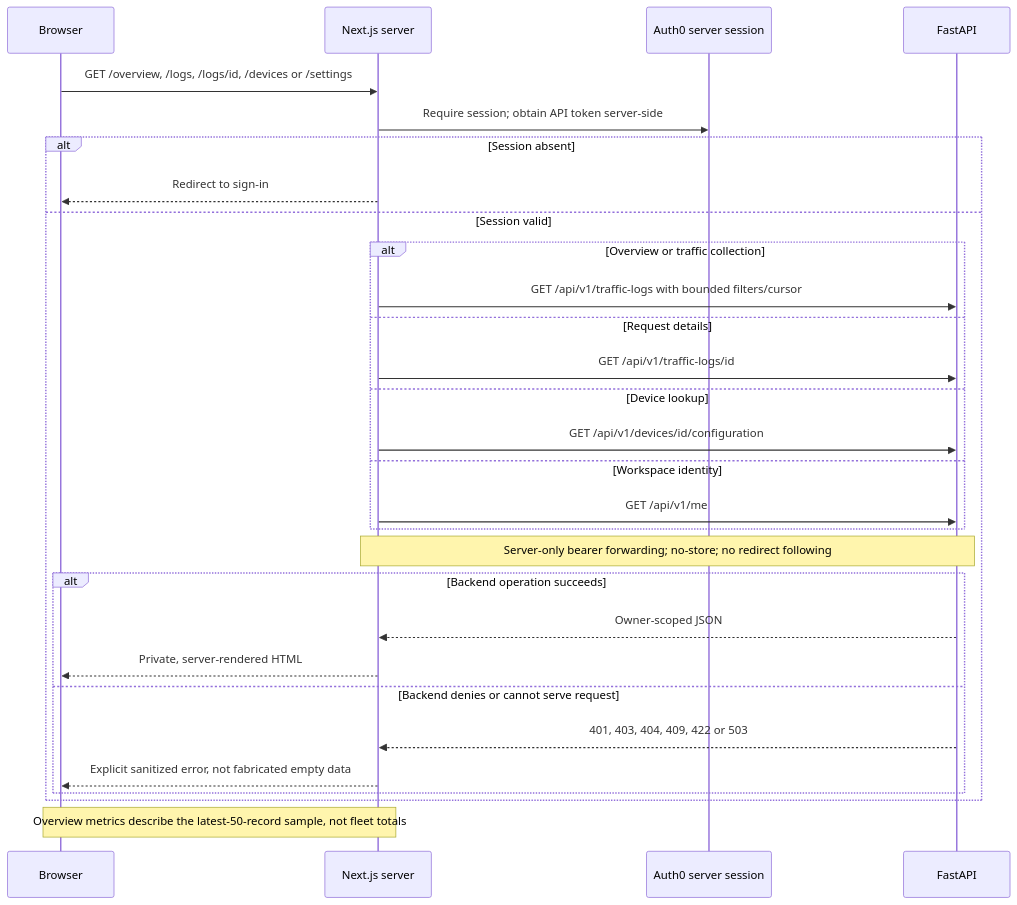
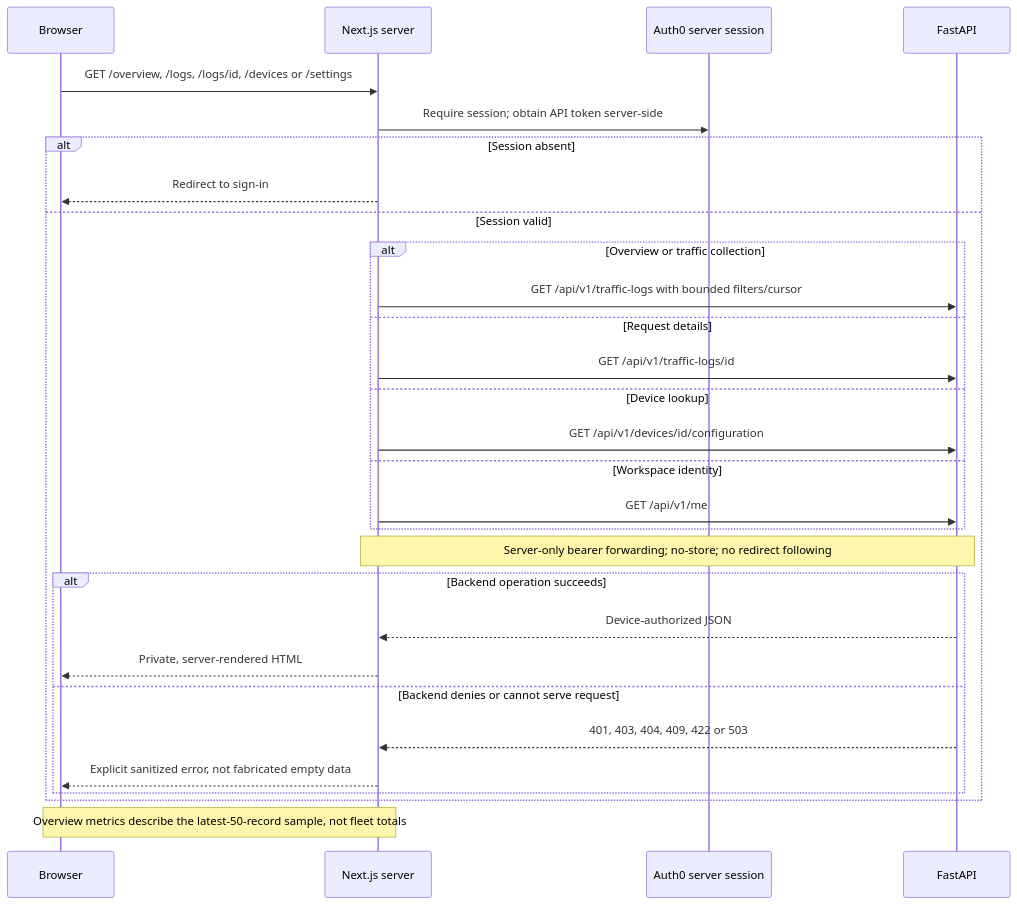
Before and after one commit to lucagiorgino/http-logger-collector: the eighth of 24 diagrams in docs/IMPLEMENTATION_STATUS.md, drawn with Mermaid. The commit also changed other lines of this file and 7 other files, not shown here.

First line of the commit message:
docs: update architecture and operational guidance

````diff
--- a/docs/IMPLEMENTATION_STATUS.md
+++ b/docs/IMPLEMENTATION_STATUS.md
@@ -435,31 +546,31 @@
 ```mermaid
 sequenceDiagram
     participant Browser
     participant UI as Next.js server
     participant Session as Auth0 server session
     participant API as FastAPI
     Browser->>UI: GET /overview, /logs, /logs/id, /devices or /settings
     UI->>Session: Require session#59; obtain API token server-side
     alt Session absent
         UI-->>Browser: Redirect to sign-in
     else Session valid
         alt Overview or traffic collection
             UI->>API: GET /api/v1/traffic-logs with bounded filters/cursor
         else Request details
             UI->>API: GET /api/v1/traffic-logs/id
         else Device lookup
             UI->>API: GET /api/v1/devices/id/configuration
         else Workspace identity
             UI->>API: GET /api/v1/me
         end
         Note over UI,API: Server-only bearer forwarding#59; no-store#59; no redirect following
         alt Backend operation succeeds
-            API-->>UI: Owner-scoped JSON
+            API-->>UI: Device-authorized JSON
             UI-->>Browser: Private, server-rendered HTML
         else Backend denies or cannot serve request
             API-->>UI: 401, 403, 404, 409, 422 or 503
             UI-->>Browser: Explicit sanitized error, not fabricated empty data
         end
     end
     Note over Browser,UI: Overview metrics describe the latest-50-record sample, not fleet totals
 ```
````
